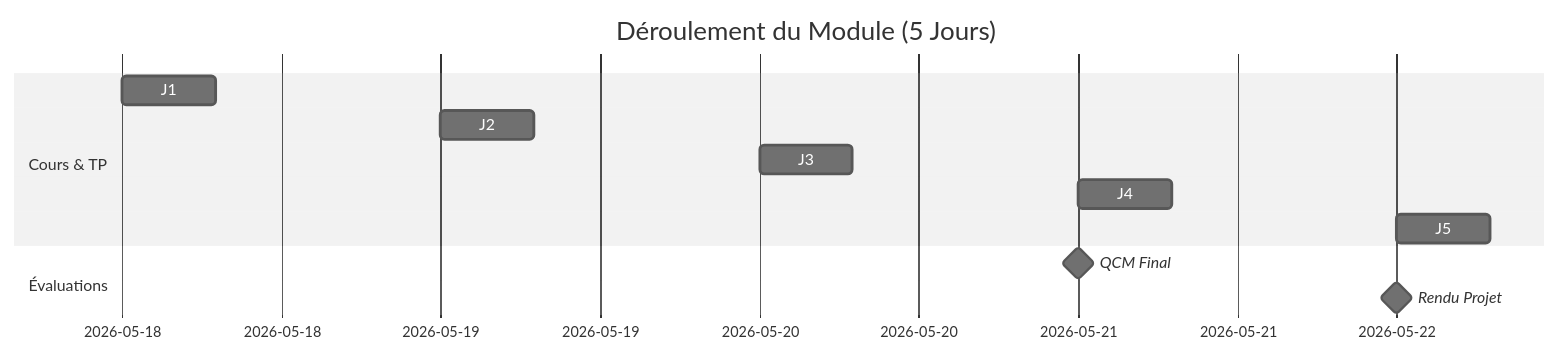
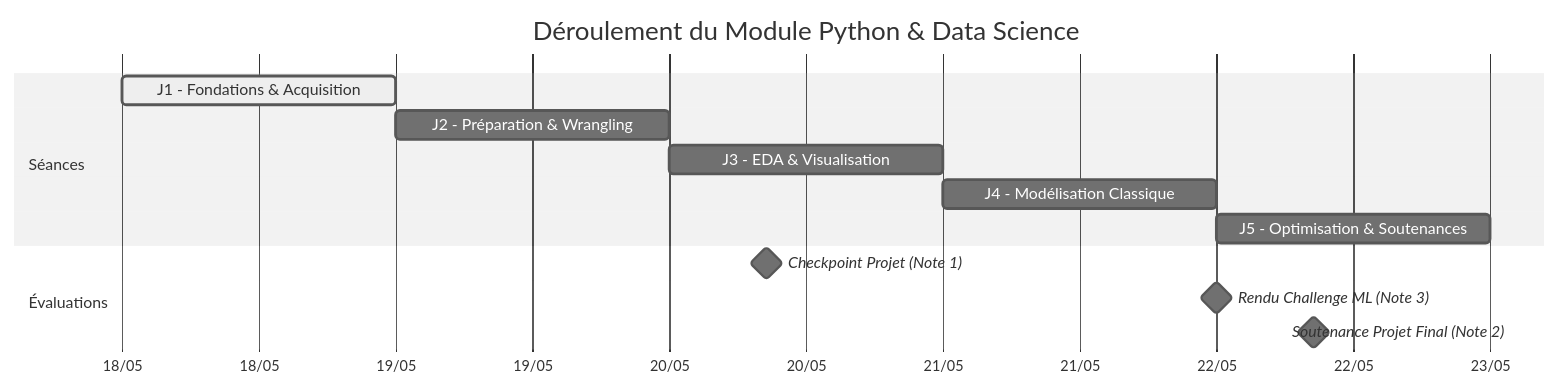
Before and after one commit to aptitek/aptispace-datascience: the diagram in meta/planning.qmd, drawn with Mermaid (neutral theme). The commit also changed other lines of this file and 35 other files, not shown here.

````diff
--- a/meta/planning.qmd
+++ b/meta/planning.qmd
@@ -7,14 +14,18 @@
 ```{mermaid}
 gantt
-    title Déroulement du Module (5 Jours)
+    title Déroulement du Module Python & Data Science
     dateFormat  YYYY-MM-DD
-    section Cours & TP
-    J1 : Fondations & EDA :2026-05-18, 7h
-    J2 : NLP & Nettoyage :2026-05-19, 7h
-    J3 : NLP Avancé & Vectorisation :2026-05-20, 7h
-    J4 : Computer Vision & OpenCV :2026-05-21, 7h
-    J5 : Projet & Soutenances :2026-05-22, 7h
+    axisFormat %d/%m
+
+    section Séances
+    J1 - Fondations & Acquisition         :active, j1, 2026-05-18, 1d
+    J2 - Préparation & Wrangling          :j2, 2026-05-19, 1d
+    J3 - EDA & Visualisation              :j3, 2026-05-20, 1d
+    J4 - Modélisation Classique           :j4, 2026-05-21, 1d
+    J5 - Optimisation & Soutenances       :j5, 2026-05-22, 1d
+
     section Évaluations
-    QCM Final :milestone, m1, 2026-05-21, 0h
-    Rendu Projet :milestone, m2, 2026-05-22, 0h
+    Checkpoint Projet (Note 1)            :milestone, m1, 2026-05-20, 17h
+    Rendu Challenge ML (Note 3)           :milestone, m2, 2026-05-22, 12h30
+    Soutenance Projet Final (Note 2)      :milestone, m3, 2026-05-22, 17h
 ```
````
